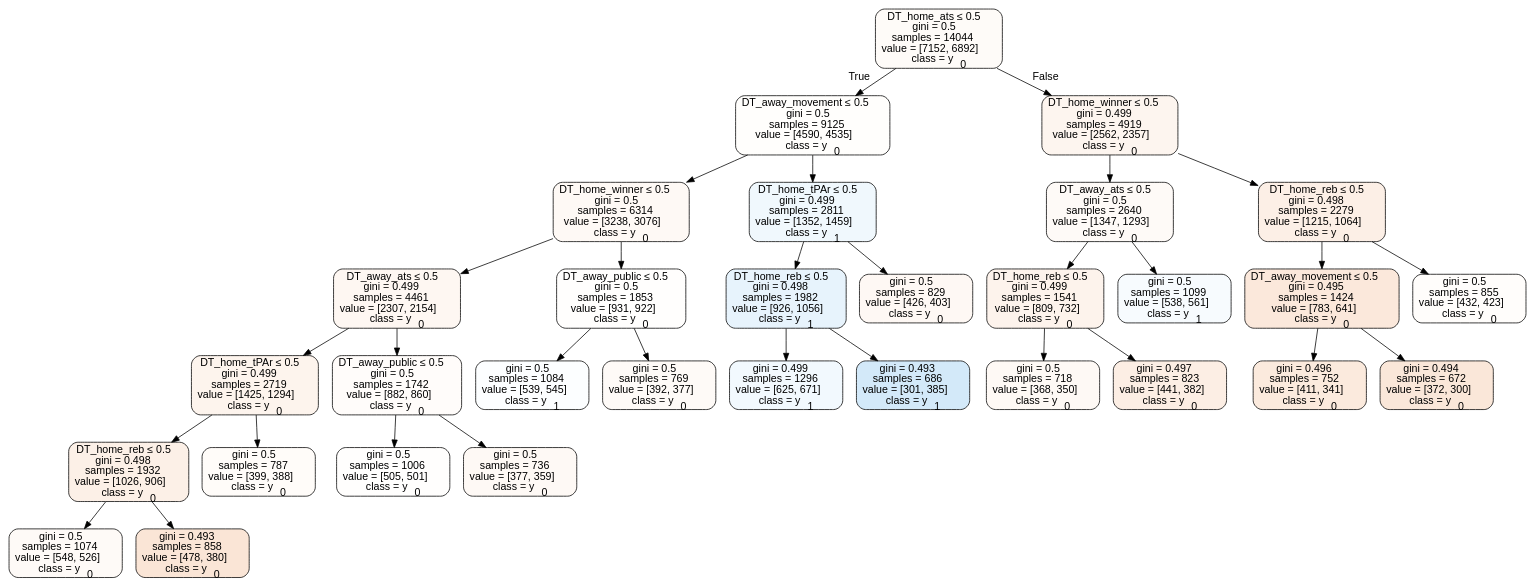
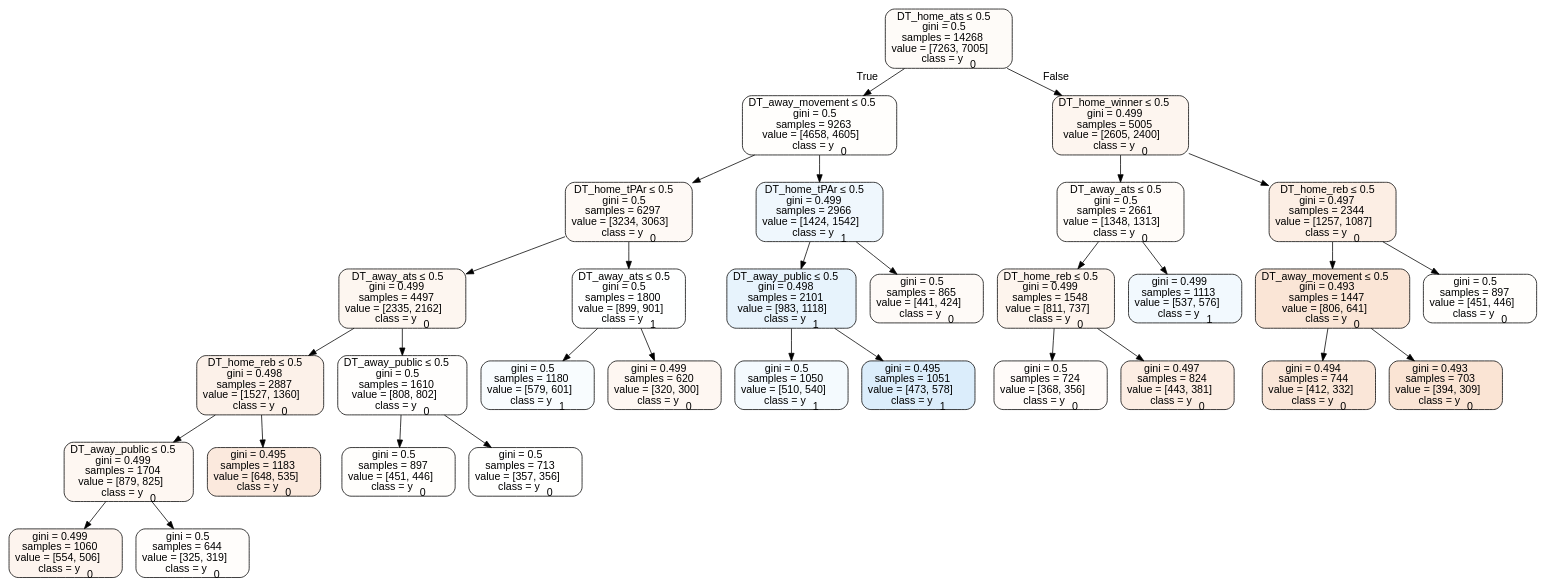
One commit to usbogie/ncaa-bets changed the diagram in Basketball/data/trees/tree2013home.dot. Above: the diagram before and after it, drawn with Graphviz. The commit also changed 23 other files, not shown here.

```diff
--- a/Basketball/data/trees/tree2013home.dot
+++ b/Basketball/data/trees/tree2013home.dot
@@ -1,65 +1,65 @@
 digraph Tree {
 node [shape=box, style="filled, rounded", color="black", fontname=helvetica] ;
 edge [fontname=helvetica] ;
-0 [label=<DT_home_ats &le; 0.5<br/>gini = 0.5<br/>samples = 14044<br/>value = [7152, 6892]<br/>class = y<SUB>0</SUB>>, fillcolor="#e5813909"] ;
-1 [label=<DT_away_movement &le; 0.5<br/>gini = 0.5<br/>samples = 9125<br/>value = [4590, 4535]<br/>class = y<SUB>0</SUB>>, fillcolor="#e5813903"] ;
+0 [label=<DT_home_ats &le; 0.5<br/>gini = 0.5<br/>samples = 14268<br/>value = [7263, 7005]<br/>class = y<SUB>0</SUB>>, fillcolor="#e5813909"] ;
+1 [label=<DT_away_movement &le; 0.5<br/>gini = 0.5<br/>samples = 9263<br/>value = [4658, 4605]<br/>class = y<SUB>0</SUB>>, fillcolor="#e5813903"] ;
 0 -> 1 [labeldistance=2.5, labelangle=45, headlabel="True"] ;
-2 [label=<DT_home_winner &le; 0.5<br/>gini = 0.5<br/>samples = 6314<br/>value = [3238, 3076]<br/>class = y<SUB>0</SUB>>, fillcolor="#e581390d"] ;
+2 [label=<DT_home_tPAr &le; 0.5<br/>gini = 0.5<br/>samples = 6297<br/>value = [3234, 3063]<br/>class = y<SUB>0</SUB>>, fillcolor="#e581390d"] ;
 1 -> 2 ;
-3 [label=<DT_away_ats &le; 0.5<br/>gini = 0.499<br/>samples = 4461<br/>value = [2307, 2154]<br/>class = y<SUB>0</SUB>>, fillcolor="#e5813911"] ;
+3 [label=<DT_away_ats &le; 0.5<br/>gini = 0.499<br/>samples = 4497<br/>value = [2335, 2162]<br/>class = y<SUB>0</SUB>>, fillcolor="#e5813913"] ;
 2 -> 3 ;
-4 [label=<DT_home_tPAr &le; 0.5<br/>gini = 0.499<br/>samples = 2719<br/>value = [1425, 1294]<br/>class = y<SUB>0</SUB>>, fillcolor="#e5813917"] ;
+4 [label=<DT_home_reb &le; 0.5<br/>gini = 0.498<br/>samples = 2887<br/>value = [1527, 1360]<br/>class = y<SUB>0</SUB>>, fillcolor="#e581391c"] ;
 3 -> 4 ;
-5 [label=<DT_home_reb &le; 0.5<br/>gini = 0.498<br/>samples = 1932<br/>value = [1026, 906]<br/>class = y<SUB>0</SUB>>, fillcolor="#e581391e"] ;
+5 [label=<DT_away_public &le; 0.5<br/>gini = 0.499<br/>samples = 1704<br/>value = [879, 825]<br/>class = y<SUB>0</SUB>>, fillcolor="#e5813910"] ;
 4 -> 5 ;
-6 [label=<gini = 0.5<br/>samples = 1074<br/>value = [548, 526]<br/>class = y<SUB>0</SUB>>, fillcolor="#e581390a"] ;
+6 [label=<gini = 0.499<br/>samples = 1060<br/>value = [554, 506]<br/>class = y<SUB>0</SUB>>, fillcolor="#e5813916"] ;
 5 -> 6 ;
-7 [label=<gini = 0.493<br/>samples = 858<br/>value = [478, 380]<br/>class = y<SUB>0</SUB>>, fillcolor="#e5813934"] ;
+7 [label=<gini = 0.5<br/>samples = 644<br/>value = [325, 319]<br/>class = y<SUB>0</SUB>>, fillcolor="#e5813905"] ;
 5 -> 7 ;
-8 [label=<gini = 0.5<br/>samples = 787<br/>value = [399, 388]<br/>class = y<SUB>0</SUB>>, fillcolor="#e5813907"] ;
+8 [label=<gini = 0.495<br/>samples = 1183<br/>value = [648, 535]<br/>class = y<SUB>0</SUB>>, fillcolor="#e581392c"] ;
 4 -> 8 ;
-9 [label=<DT_away_public &le; 0.5<br/>gini = 0.5<br/>samples = 1742<br/>value = [882, 860]<br/>class = y<SUB>0</SUB>>, fillcolor="#e5813906"] ;
+9 [label=<DT_away_public &le; 0.5<br/>gini = 0.5<br/>samples = 1610<br/>value = [808, 802]<br/>class = y<SUB>0</SUB>>, fillcolor="#e5813902"] ;
 3 -> 9 ;
-10 [label=<gini = 0.5<br/>samples = 1006<br/>value = [505, 501]<br/>class = y<SUB>0</SUB>>, fillcolor="#e5813902"] ;
+10 [label=<gini = 0.5<br/>samples = 897<br/>value = [451, 446]<br/>class = y<SUB>0</SUB>>, fillcolor="#e5813903"] ;
 9 -> 10 ;
-11 [label=<gini = 0.5<br/>samples = 736<br/>value = [377, 359]<br/>class = y<SUB>0</SUB>>, fillcolor="#e581390c"] ;
+11 [label=<gini = 0.5<br/>samples = 713<br/>value = [357, 356]<br/>class = y<SUB>0</SUB>>, fillcolor="#e5813901"] ;
 9 -> 11 ;
-12 [label=<DT_away_public &le; 0.5<br/>gini = 0.5<br/>samples = 1853<br/>value = [931, 922]<br/>class = y<SUB>0</SUB>>, fillcolor="#e5813902"] ;
+12 [label=<DT_away_ats &le; 0.5<br/>gini = 0.5<br/>samples = 1800<br/>value = [899, 901]<br/>class = y<SUB>1</SUB>>, fillcolor="#399de501"] ;
 2 -> 12 ;
-13 [label=<gini = 0.5<br/>samples = 1084<br/>value = [539, 545]<br/>class = y<SUB>1</SUB>>, fillcolor="#399de503"] ;
+13 [label=<gini = 0.5<br/>samples = 1180<br/>value = [579, 601]<br/>class = y<SUB>1</SUB>>, fillcolor="#399de509"] ;
 12 -> 13 ;
-14 [label=<gini = 0.5<br/>samples = 769<br/>value = [392, 377]<br/>class = y<SUB>0</SUB>>, fillcolor="#e581390a"] ;
+14 [label=<gini = 0.499<br/>samples = 620<br/>value = [320, 300]<br/>class = y<SUB>0</SUB>>, fillcolor="#e5813910"] ;
 12 -> 14 ;
-15 [label=<DT_home_tPAr &le; 0.5<br/>gini = 0.499<br/>samples = 2811<br/>value = [1352, 1459]<br/>class = y<SUB>1</SUB>>, fillcolor="#399de513"] ;
+15 [label=<DT_home_tPAr &le; 0.5<br/>gini = 0.499<br/>samples = 2966<br/>value = [1424, 1542]<br/>class = y<SUB>1</SUB>>, fillcolor="#399de514"] ;
 1 -> 15 ;
-16 [label=<DT_home_reb &le; 0.5<br/>gini = 0.498<br/>samples = 1982<br/>value = [926, 1056]<br/>class = y<SUB>1</SUB>>, fillcolor="#399de51f"] ;
+16 [label=<DT_away_public &le; 0.5<br/>gini = 0.498<br/>samples = 2101<br/>value = [983, 1118]<br/>class = y<SUB>1</SUB>>, fillcolor="#399de51f"] ;
 15 -> 16 ;
-17 [label=<gini = 0.499<br/>samples = 1296<br/>value = [625, 671]<br/>class = y<SUB>1</SUB>>, fillcolor="#399de511"] ;
+17 [label=<gini = 0.5<br/>samples = 1050<br/>value = [510, 540]<br/>class = y<SUB>1</SUB>>, fillcolor="#399de50e"] ;
 16 -> 17 ;
-18 [label=<gini = 0.493<br/>samples = 686<br/>value = [301, 385]<br/>class = y<SUB>1</SUB>>, fillcolor="#399de538"] ;
+18 [label=<gini = 0.495<br/>samples = 1051<br/>value = [473, 578]<br/>class = y<SUB>1</SUB>>, fillcolor="#399de52e"] ;
 16 -> 18 ;
-19 [label=<gini = 0.5<br/>samples = 829<br/>value = [426, 403]<br/>class = y<SUB>0</SUB>>, fillcolor="#e581390e"] ;
+19 [label=<gini = 0.5<br/>samples = 865<br/>value = [441, 424]<br/>class = y<SUB>0</SUB>>, fillcolor="#e581390a"] ;
 15 -> 19 ;
-20 [label=<DT_home_winner &le; 0.5<br/>gini = 0.499<br/>samples = 4919<br/>value = [2562, 2357]<br/>class = y<SUB>0</SUB>>, fillcolor="#e5813914"] ;
+20 [label=<DT_home_winner &le; 0.5<br/>gini = 0.499<br/>samples = 5005<br/>value = [2605, 2400]<br/>class = y<SUB>0</SUB>>, fillcolor="#e5813914"] ;
 0 -> 20 [labeldistance=2.5, labelangle=-45, headlabel="False"] ;
-21 [label=<DT_away_ats &le; 0.5<br/>gini = 0.5<br/>samples = 2640<br/>value = [1347, 1293]<br/>class = y<SUB>0</SUB>>, fillcolor="#e581390a"] ;
+21 [label=<DT_away_ats &le; 0.5<br/>gini = 0.5<br/>samples = 2661<br/>value = [1348, 1313]<br/>class = y<SUB>0</SUB>>, fillcolor="#e5813907"] ;
 20 -> 21 ;
-22 [label=<DT_home_reb &le; 0.5<br/>gini = 0.499<br/>samples = 1541<br/>value = [809, 732]<br/>class = y<SUB>0</SUB>>, fillcolor="#e5813918"] ;
+22 [label=<DT_home_reb &le; 0.5<br/>gini = 0.499<br/>samples = 1548<br/>value = [811, 737]<br/>class = y<SUB>0</SUB>>, fillcolor="#e5813917"] ;
 21 -> 22 ;
-23 [label=<gini = 0.5<br/>samples = 718<br/>value = [368, 350]<br/>class = y<SUB>0</SUB>>, fillcolor="#e581390c"] ;
+23 [label=<gini = 0.5<br/>samples = 724<br/>value = [368, 356]<br/>class = y<SUB>0</SUB>>, fillcolor="#e5813908"] ;
 22 -> 23 ;
-24 [label=<gini = 0.497<br/>samples = 823<br/>value = [441, 382]<br/>class = y<SUB>0</SUB>>, fillcolor="#e5813922"] ;
+24 [label=<gini = 0.497<br/>samples = 824<br/>value = [443, 381]<br/>class = y<SUB>0</SUB>>, fillcolor="#e5813924"] ;
 22 -> 24 ;
-25 [label=<gini = 0.5<br/>samples = 1099<br/>value = [538, 561]<br/>class = y<SUB>1</SUB>>, fillcolor="#399de50a"] ;
+25 [label=<gini = 0.499<br/>samples = 1113<br/>value = [537, 576]<br/>class = y<SUB>1</SUB>>, fillcolor="#399de511"] ;
 21 -> 25 ;
-26 [label=<DT_home_reb &le; 0.5<br/>gini = 0.498<br/>samples = 2279<br/>value = [1215, 1064]<br/>class = y<SUB>0</SUB>>, fillcolor="#e5813920"] ;
+26 [label=<DT_home_reb &le; 0.5<br/>gini = 0.497<br/>samples = 2344<br/>value = [1257, 1087]<br/>class = y<SUB>0</SUB>>, fillcolor="#e5813922"] ;
 20 -> 26 ;
-27 [label=<DT_away_movement &le; 0.5<br/>gini = 0.495<br/>samples = 1424<br/>value = [783, 641]<br/>class = y<SUB>0</SUB>>, fillcolor="#e581392e"] ;
+27 [label=<DT_away_movement &le; 0.5<br/>gini = 0.493<br/>samples = 1447<br/>value = [806, 641]<br/>class = y<SUB>0</SUB>>, fillcolor="#e5813934"] ;
 26 -> 27 ;
-28 [label=<gini = 0.496<br/>samples = 752<br/>value = [411, 341]<br/>class = y<SUB>0</SUB>>, fillcolor="#e581392b"] ;
+28 [label=<gini = 0.494<br/>samples = 744<br/>value = [412, 332]<br/>class = y<SUB>0</SUB>>, fillcolor="#e5813932"] ;
 27 -> 28 ;
-29 [label=<gini = 0.494<br/>samples = 672<br/>value = [372, 300]<br/>class = y<SUB>0</SUB>>, fillcolor="#e5813931"] ;
+29 [label=<gini = 0.493<br/>samples = 703<br/>value = [394, 309]<br/>class = y<SUB>0</SUB>>, fillcolor="#e5813937"] ;
 27 -> 29 ;
-30 [label=<gini = 0.5<br/>samples = 855<br/>value = [432, 423]<br/>class = y<SUB>0</SUB>>, fillcolor="#e5813905"] ;
+30 [label=<gini = 0.5<br/>samples = 897<br/>value = [451, 446]<br/>class = y<SUB>0</SUB>>, fillcolor="#e5813903"] ;
 26 -> 30 ;
 }
```
